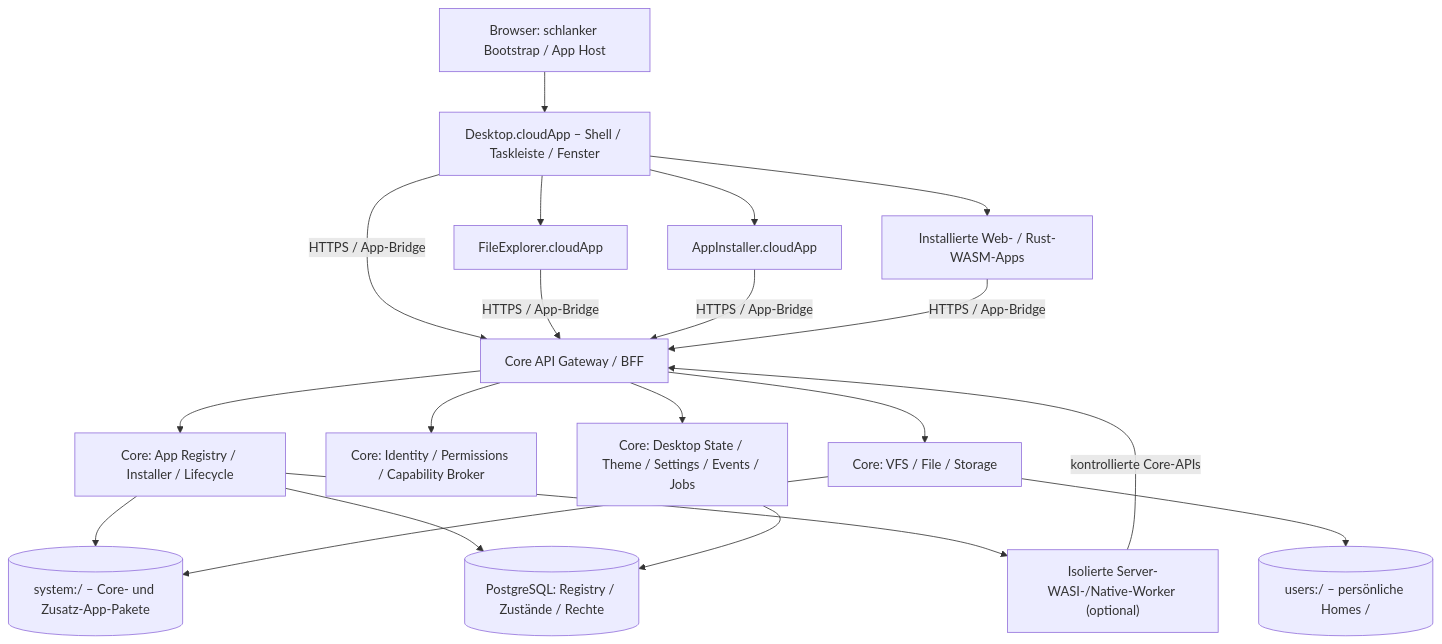
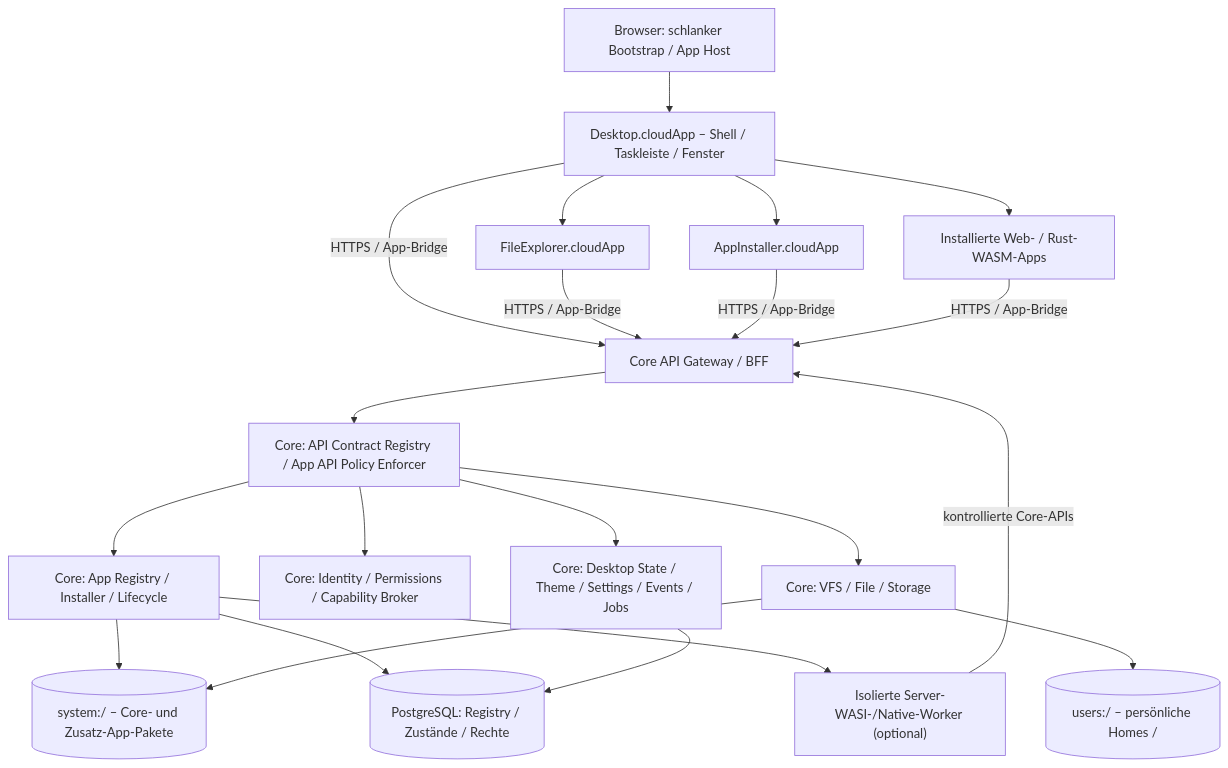
The first of 4 diagrams in docs/APPLICATION_SYSTEM.md (Drezael/cloudOS), drawn with Mermaid before and after one commit. The commit also changed other lines of this file and 5 other files, not shown here.

````diff
--- a/docs/APPLICATION_SYSTEM.md
+++ b/docs/APPLICATION_SYSTEM.md
@@ -70,33 +79,35 @@
 ```mermaid
 flowchart TB
     Browser["Browser: schlanker Bootstrap / App Host"]
     Desktop["Desktop.cloudApp – Shell / Taskleiste / Fenster"]
     Explorer["FileExplorer.cloudApp"]
     Installer["AppInstaller.cloudApp"]
     UserApps["Installierte Web- / Rust-WASM-Apps"]
     GW["Core API Gateway / BFF"]
     APP["Core: App Registry / Installer / Lifecycle"]
     PERM["Core: Identity / Permissions / Capability Broker"]
+    API["Core: API Contract Registry / App API Policy Enforcer"]
     FILE["Core: VFS / File / Storage"]
     OTHER["Core: Desktop State / Theme / Settings / Events / Jobs"]
     RUNTIME["Isolierte Server-WASI-/Native-Worker (optional)"]
     SYS[("system:/ – Core- und Zusatz-App-Pakete")]
     HOMES[("users:/ – persönliche Homes /")]
     DB[("PostgreSQL: Registry / Zustände / Rechte")]
     Browser --> Desktop
     Desktop --> Explorer
     Desktop --> Installer
     Desktop --> UserApps
     Desktop & Explorer & Installer & UserApps -->|HTTPS / App-Bridge| GW
-    GW --> APP
-    GW --> PERM
-    GW --> FILE
-    GW --> OTHER
+    GW --> API
+    API --> APP
+    API --> PERM
+    API --> FILE
+    API --> OTHER
     APP --> SYS
     FILE --> SYS
     FILE --> HOMES
     APP --> DB
     OTHER --> DB
     APP --> RUNTIME
     RUNTIME -->|kontrollierte Core-APIs| GW
 ```
````
